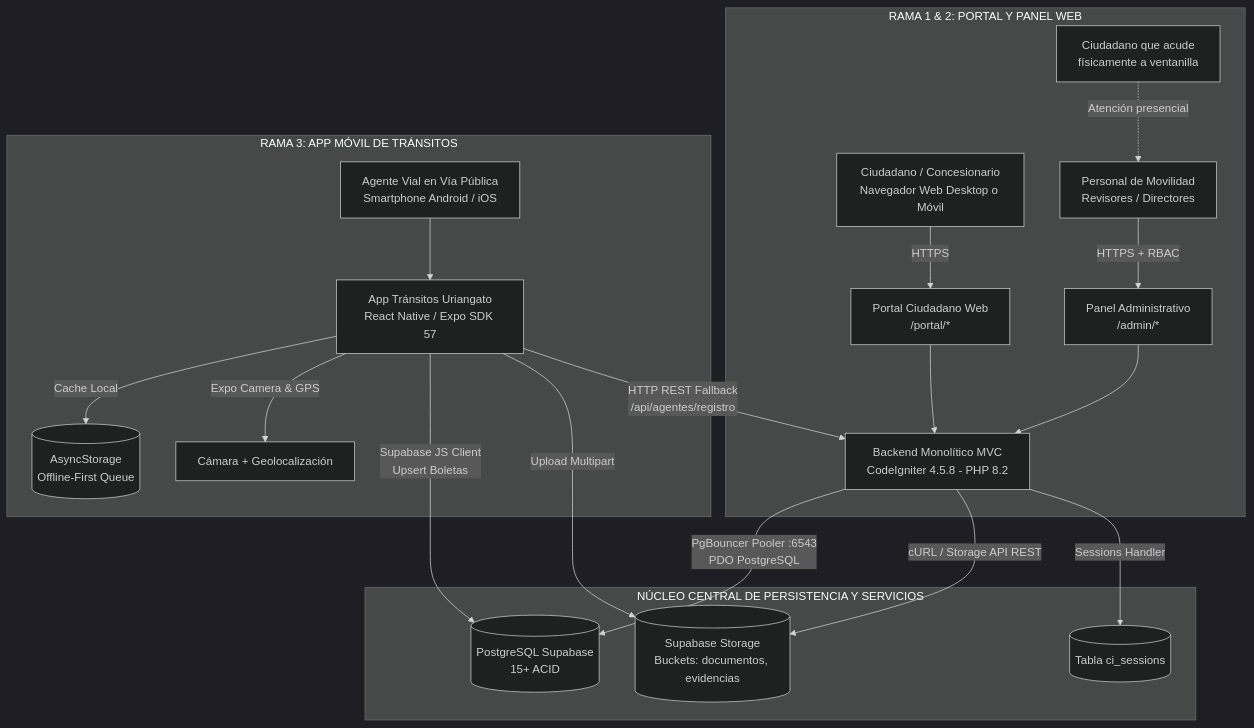
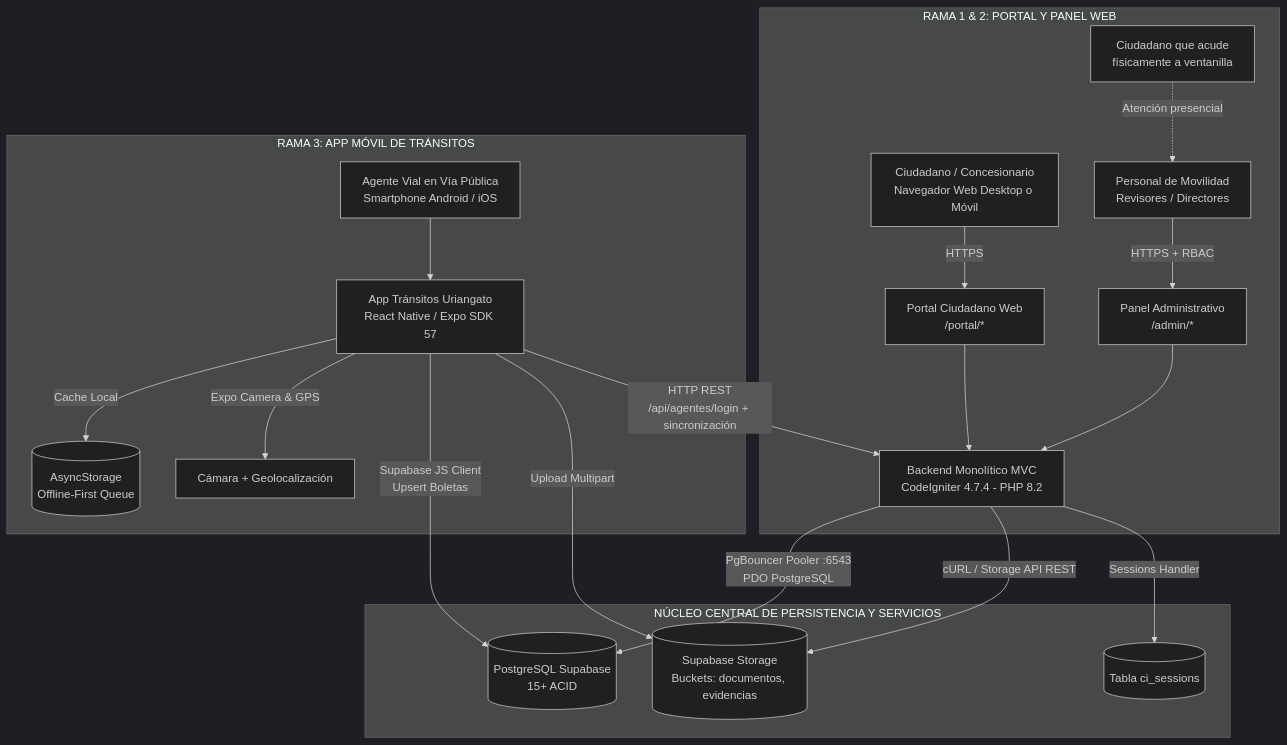
One commit to soportealoraapp/App-Residencias-Ventanilla changed the first of 3 diagrams in DOCUMENTACION_GENERAL.md. Above: the diagram before and after it, drawn with Mermaid (dark theme). The commit also changed other lines of this file and 9 other files, not shown here.

````diff
--- a/DOCUMENTACION_GENERAL.md
+++ b/DOCUMENTACION_GENERAL.md
@@ -27,25 +27,25 @@
 ```mermaid
 graph TB
     subgraph RAMA_WEB [RAMA 1 & 2: PORTAL Y PANEL WEB]
         CZ[Ciudadano / Concesionario\nNavegador Web Desktop o Móvil] -->|HTTPS| PW[Portal Ciudadano Web\n/portal/*]
         CZF[Ciudadano que acude\nfísicamente a ventanilla] -.->|Atención presencial| ADM
         ADM[Personal de Movilidad\nRevisores / Directores] -->|HTTPS + RBAC| PA[Panel Administrativo\n/admin/*]
-        PW --> CI4[Backend Monolítico MVC\nCodeIgniter 4.5.8 - PHP 8.2]
+        PW --> CI4[Backend Monolítico MVC\nCodeIgniter 4.7.4 - PHP 8.2]
         PA --> CI4
     end
 
     subgraph RAMA_MOVIL [RAMA 3: APP MÓVIL DE TRÁNSITOS]
         AGT[Agente Vial en Vía Pública\nSmartphone Android / iOS] --> RN[App Tránsitos Uriangato\nReact Native / Expo SDK 57]
         RN -->|Cache Local| AS[(AsyncStorage\nOffline-First Queue)]
         RN -->|Expo Camera & GPS| HW[Cámara + Geolocalización]
     end
 
     subgraph NUCLEO_PERSISTENCIA [NÚCLEO CENTRAL DE PERSISTENCIA Y SERVICIOS]
         CI4 -->|PgBouncer Pooler :6543\nPDO PostgreSQL| PG[(PostgreSQL Supabase\n15+ ACID)]
         CI4 -->|cURL / Storage API REST| STG[(Supabase Storage\nBuckets: documentos, evidencias)]
         CI4 -->|Sessions Handler| SESS[(Tabla ci_sessions)]
         RN -->|Supabase JS Client\nUpsert Boletas| PG
         RN -->|Upload Multipart| STG
-        RN -->|HTTP REST Fallback\n/api/agentes/registro| CI4
+        RN -->|HTTP REST\n/api/agentes/login + sincronización| CI4
     end
 ```
````
